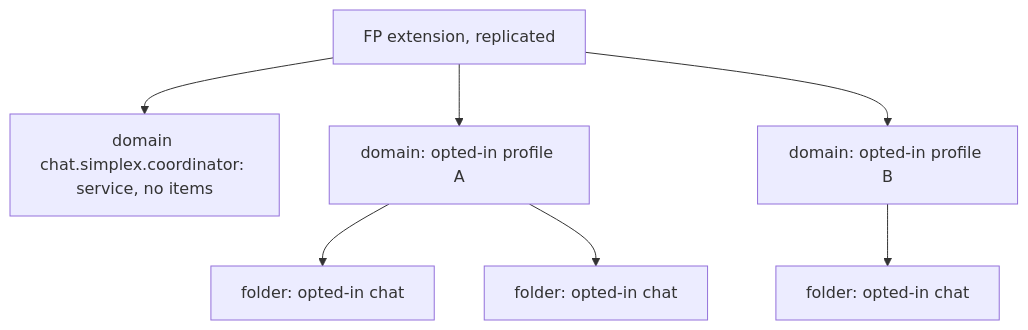
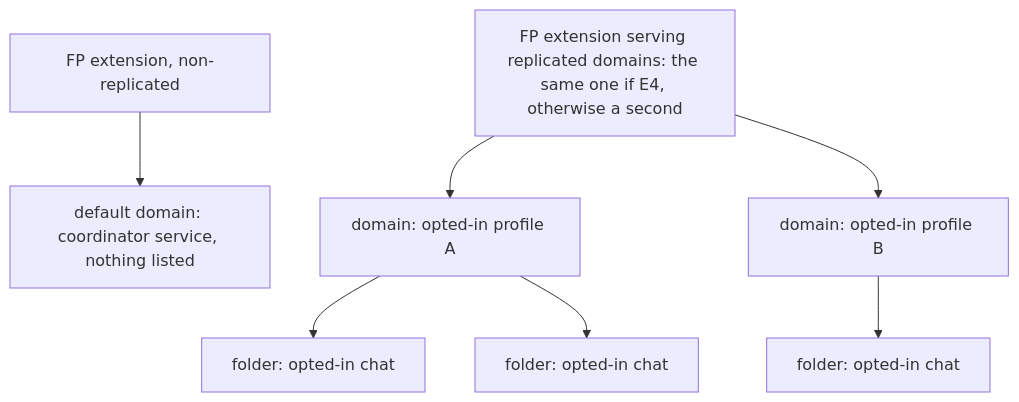
Before and after one commit to evgeny-simplex/simplex-chat: the eighth of 9 diagrams in plans/2026-11-22-ios-file-provider-coordinator.md, drawn with Mermaid. The commit also changed other lines of this file, not shown here.

Commit message:
ios: plan the coordinator on the default domain, causes of unreachability

````diff
--- a/plans/2026-11-22-ios-file-provider-coordinator.md
+++ b/plans/2026-11-22-ios-file-provider-coordinator.md
@@ -483,9 +520,9 @@
 ```mermaid
 flowchart TB
-  X[FP extension, replicated] --> D0[domain chat.simplex.coordinator: service, no items]
-  X --> P1[domain: opted-in profile A]
-  X --> P2[domain: opted-in profile B]
+  X[FP extension, non-replicated] --> D0[default domain: coordinator service, nothing listed]
+  Y[FP extension serving replicated domains: the same one if E4, otherwise a second] --> P1[domain: opted-in profile A]
+  Y --> P2[domain: opted-in profile B]
   P1 --> C1[folder: opted-in chat]
   P1 --> C2[folder: opted-in chat]
   P2 --> C3[folder: opted-in chat]
 ```
````
